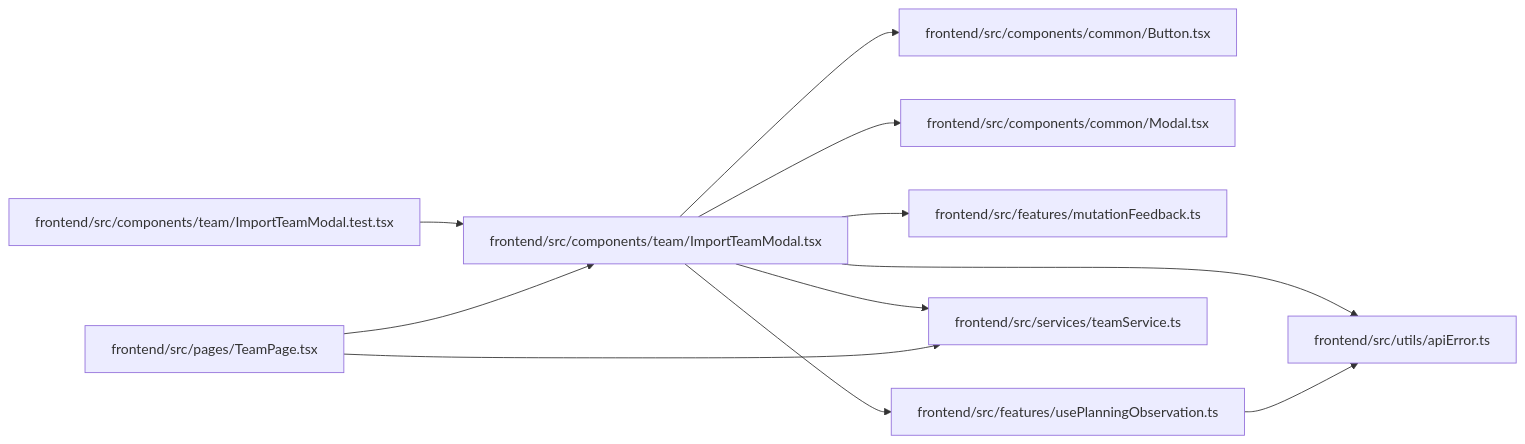
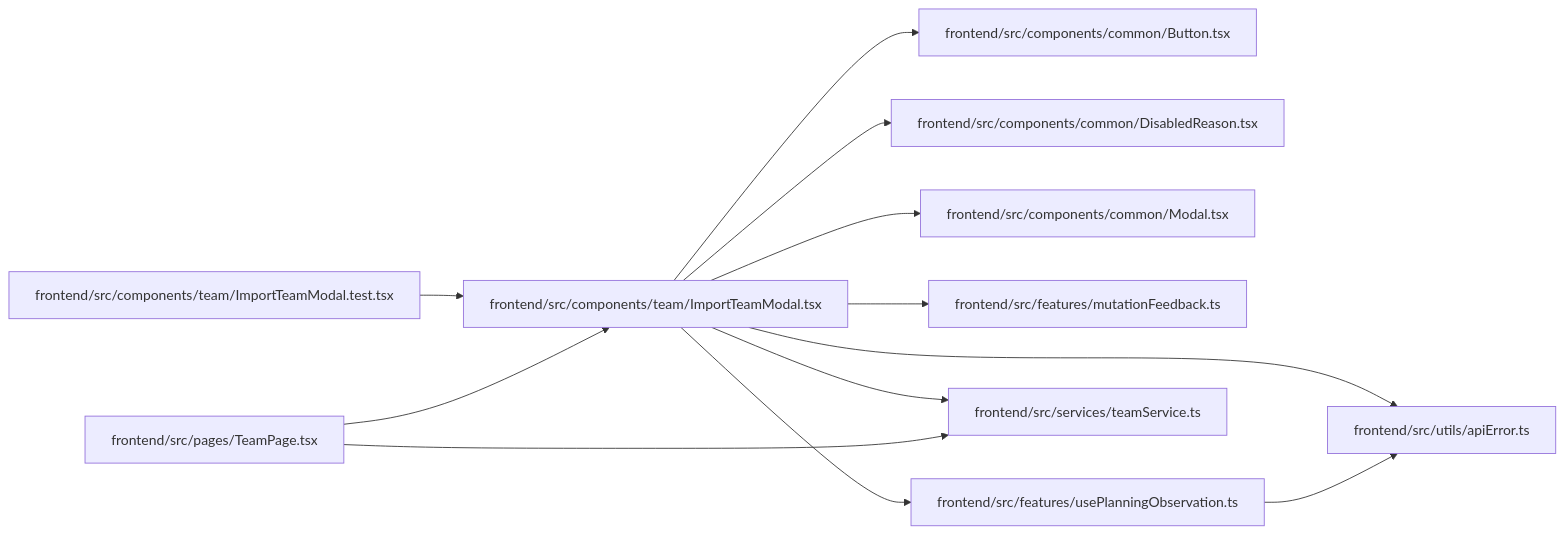
One commit to Denissvgn/WorkChord changed the diagram in docs/llm_wiki/modules/ImportTeamModal.md. Above: the diagram before and after it, drawn with Mermaid. The commit also changed other lines of this file and 322 other files, not shown here.

````diff
--- a/docs/llm_wiki/modules/ImportTeamModal.md
+++ b/docs/llm_wiki/modules/ImportTeamModal.md
@@ -36,31 +37,34 @@
 ```mermaid
 flowchart LR
     n0["frontend/src/components/common/Button.tsx"]
-    n1["frontend/src/components/common/Modal.tsx"]
-    n2["frontend/src/components/team/ImportTeamModal.test.tsx"]
-    n3["frontend/src/components/team/ImportTeamModal.tsx"]
-    n4["frontend/src/features/mutationFeedback.ts"]
-    n5["frontend/src/features/usePlanningObservation.ts"]
-    n6["frontend/src/pages/TeamPage.tsx"]
-    n7["frontend/src/services/teamService.ts"]
-    n8["frontend/src/utils/apiError.ts"]
-    n2 --> n3
-    n3 --> n0
-    n3 --> n1
+    n1["frontend/src/components/common/DisabledReason.tsx"]
+    n2["frontend/src/components/common/Modal.tsx"]
+    n3["frontend/src/components/team/ImportTeamModal.test.tsx"]
+    n4["frontend/src/components/team/ImportTeamModal.tsx"]
+    n5["frontend/src/features/mutationFeedback.ts"]
+    n6["frontend/src/features/usePlanningObservation.ts"]
+    n7["frontend/src/pages/TeamPage.tsx"]
+    n8["frontend/src/services/teamService.ts"]
+    n9["frontend/src/utils/apiError.ts"]
     n3 --> n4
-    n3 --> n5
-    n3 --> n7
-    n3 --> n8
-    n5 --> n8
-    n6 --> n3
-    n6 --> n7
+    n4 --> n0
+    n4 --> n1
+    n4 --> n2
+    n4 --> n5
+    n4 --> n6
+    n4 --> n8
+    n4 --> n9
+    n6 --> n9
+    n7 --> n4
+    n7 --> n8
     click n0 "../modules/Button.md"
-    click n1 "../modules/Modal.md"
-    click n2 "../modules/ImportTeamModal.test.md"
-    click n3 "../modules/ImportTeamModal.md"
-    click n4 "../modules/mutationFeedback.md"
-    click n5 "../modules/usePlanningObservation.md"
-    click n6 "../modules/TeamPage.md"
-    click n7 "../modules/teamService.md"
-    click n8 "../modules/apiError.md"
+    click n1 "../modules/DisabledReason.md"
+    click n2 "../modules/Modal.md"
+    click n3 "../modules/ImportTeamModal.test.md"
+    click n4 "../modules/ImportTeamModal.md"
+    click n5 "../modules/mutationFeedback.md"
+    click n6 "../modules/usePlanningObservation.md"
+    click n7 "../modules/TeamPage.md"
+    click n8 "../modules/teamService.md"
+    click n9 "../modules/apiError.md"
 ```
````
